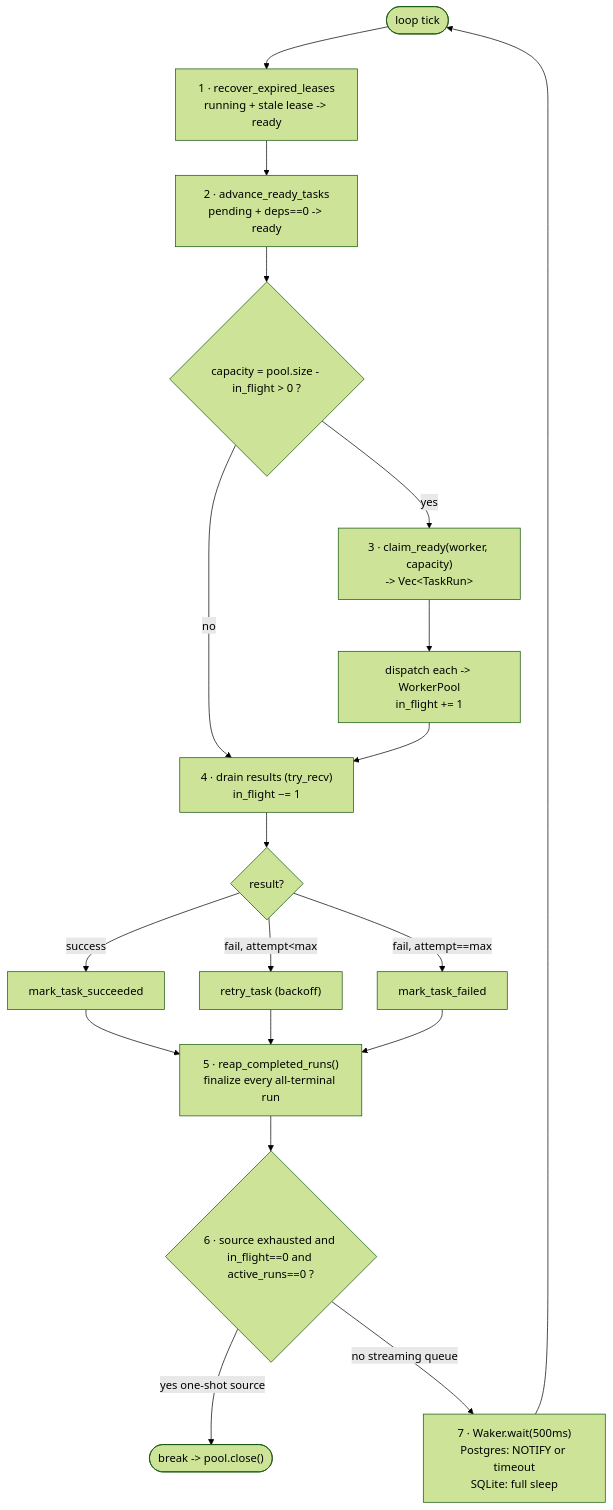
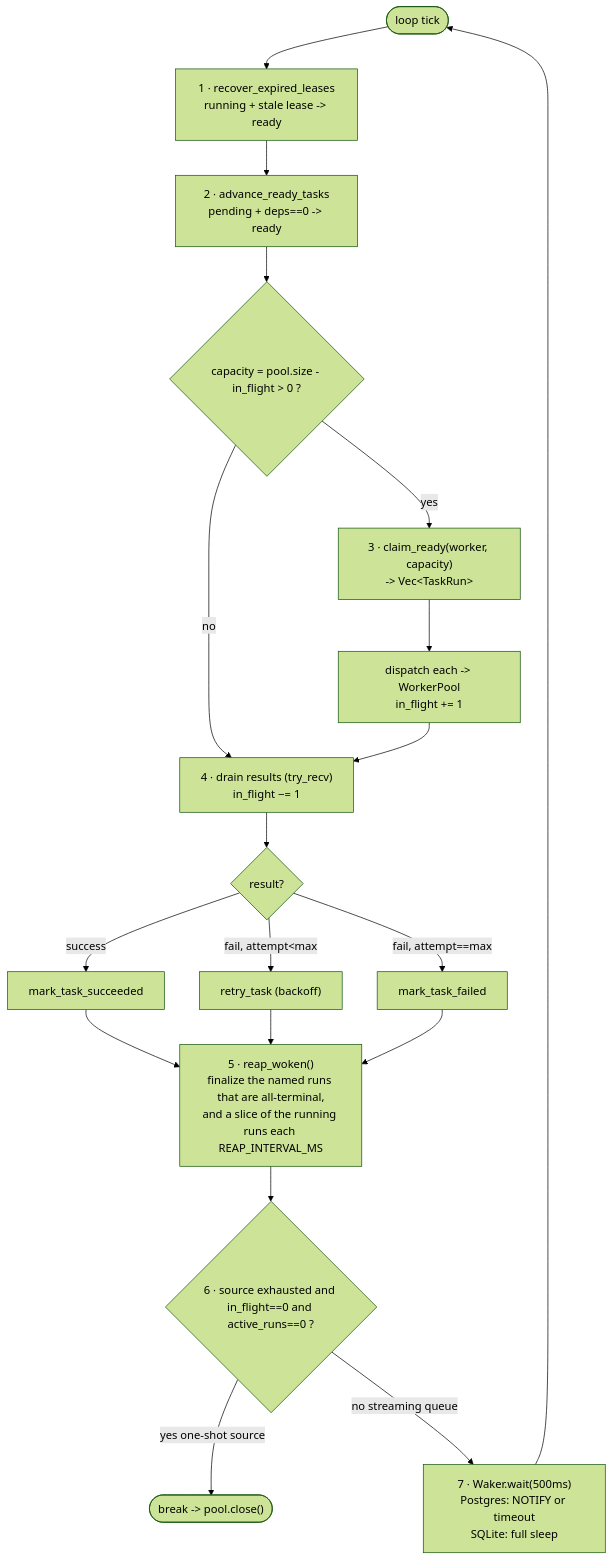
One commit to lucheeseng827/dagron changed the fifth of 14 diagrams in docs/ARCHITECTURE.md. Above: the diagram before and after it, drawn with Mermaid (forest theme). The commit also changed other lines of this file and 1093 other files, not shown here.

````diff
--- a/docs/ARCHITECTURE.md
+++ b/docs/ARCHITECTURE.md
@@ -314,21 +326,21 @@
 ```mermaid
 flowchart TD
     start(["loop tick"]) --> s1["1 · recover_expired_leases<br/>running + stale lease -> ready"]
     s1 --> s2["2 · advance_ready_tasks<br/>pending + deps==0 -> ready"]
     s2 --> cap{"capacity = pool.size - in_flight > 0 ?"}
     cap -->|yes| s3["3 · claim_ready(worker, capacity)<br/>-> Vec&lt;TaskRun&gt;"]
     cap -->|no| s4
     s3 --> disp["dispatch each -> WorkerPool<br/>in_flight += 1"]
     disp --> s4["4 · drain results (try_recv)<br/>in_flight −= 1"]
     s4 --> route{"result?"}
     route -->|success| ok["mark_task_succeeded"]
     route -->|fail, attempt&lt;max| rt["retry_task (backoff)"]
     route -->|fail, attempt==max| ko["mark_task_failed"]
     ok --> s5
     rt --> s5
     ko --> s5
-    s5["5 · reap_completed_runs()<br/>finalize every all-terminal run"] --> s6{"6 · source exhausted and in_flight==0 and active_runs==0 ?"}
+    s5["5 · reap_woken()<br/>finalize the named runs that are all-terminal,<br/>and a slice of the running runs each REAP_INTERVAL_MS"] --> s6{"6 · source exhausted and in_flight==0 and active_runs==0 ?"}
     s6 -->|yes one-shot source| done(["break -> pool.close()"])
     s6 -->|no streaming queue| wait["7 · Waker.wait(500ms)<br/>Postgres: NOTIFY or timeout<br/>SQLite: full sleep"]
     wait --> start
 ```
````
